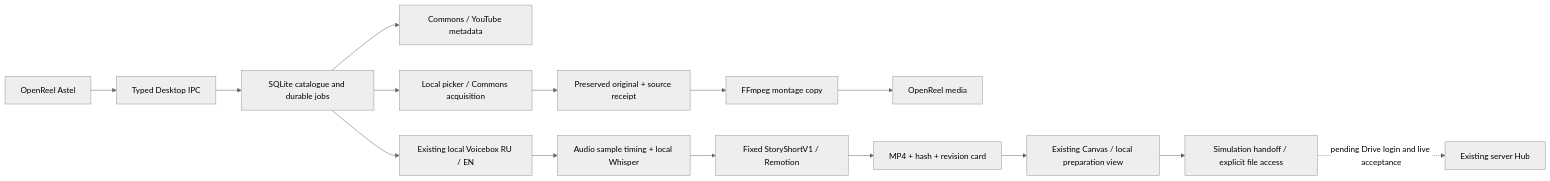
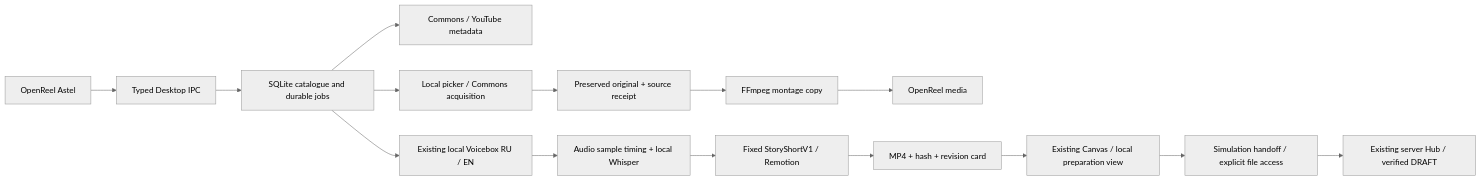
One commit to asteloleh-gif/video-editor changed the diagram in docs/openreel/MEDIA_WORKSPACE.md. Above: the diagram before and after it, drawn with Mermaid (neutral theme). The commit also changed other lines of this file and 4 other files, not shown here.

Commit message:
Verify real MP4 handoff to Hub simulation draft

````diff
--- a/docs/openreel/MEDIA_WORKSPACE.md
+++ b/docs/openreel/MEDIA_WORKSPACE.md
@@ -35,17 +35,17 @@
 ```mermaid
 flowchart LR
   UI[OpenReel Astel] --> IPC[Typed Desktop IPC]
   IPC --> DB[SQLite catalogue and durable jobs]
   DB --> Search[Commons / YouTube metadata]
   DB --> Acquire[Local picker / Commons acquisition]
   Acquire --> RAW[Preserved original + source receipt]
   RAW --> FF[FFmpeg montage copy]
   FF --> Editor[OpenReel media]
   DB --> Voice[Existing local Voicebox RU / EN]
   Voice --> Timing[Audio sample timing + local Whisper]
   Timing --> Render[Fixed StoryShortV1 / Remotion]
   Render --> Review[MP4 + hash + revision card]
   Review --> Canvas[Existing Canvas / local preparation view]
   Canvas --> Handoff[Simulation handoff / explicit file access]
-  Handoff -. pending Drive login and live acceptance .-> Hub[Existing server Hub]
+  Handoff --> Hub[Existing server Hub / verified DRAFT]
 ```
````
